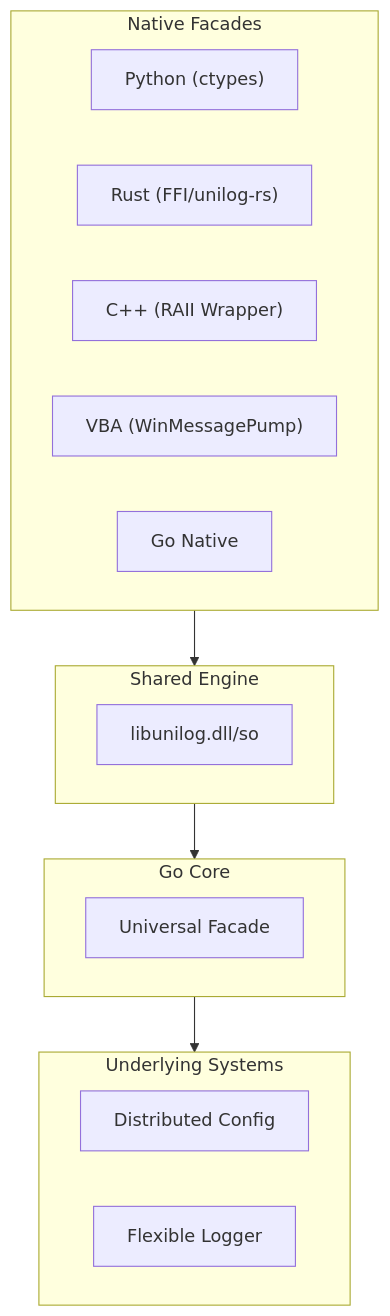
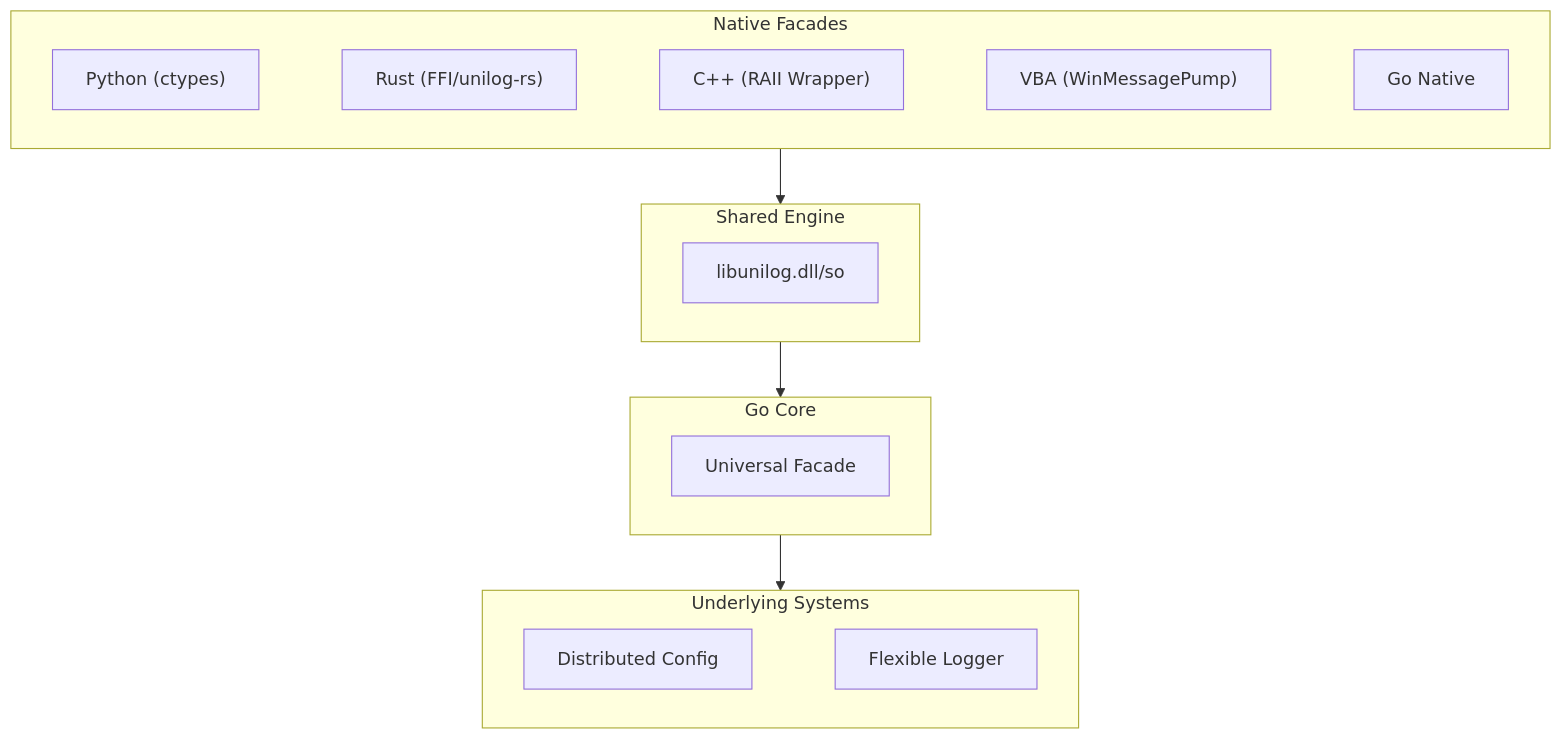
One commit to Bastien-Antigravity/universal-logger changed the diagram in README.md. Above: the diagram before and after it, drawn with Mermaid.

Commit message:
docs: use invisible mermaid links for better cross-renderer horizontal layout

````diff
--- a/README.md
+++ b/README.md
@@ -18,29 +18,22 @@
 ```mermaid
 flowchart TD
     subgraph Client_Layers [Native Facades]
-        direction LR
-        Py["Python (ctypes)"] 
-        Rs["Rust (FFI/unilog-rs)"]
-        Cpp["C++ (RAII Wrapper)"]
-        VBA["VBA (WinMessagePump)"]
-        Go["Go Native"]
+        Py["Python (ctypes)"] ~~~ Rs["Rust (FFI/unilog-rs)"] ~~~ Cpp["C++ (RAII Wrapper)"] ~~~ VBA["VBA (WinMessagePump)"] ~~~ Go["Go Native"]
     end
 
     subgraph Bridge_Layer [Shared Engine]
         DLL["libunilog.dll/so"]
     end
 
     subgraph Core_Layer [Go Core]
         Facade["Universal Facade"]
     end
 
     subgraph Components [Underlying Systems]
-        direction LR
-        Config["Distributed Config"]
-        Logger["Flexible Logger"]
+        Config["Distributed Config"] ~~~ Logger["Flexible Logger"]
     end
 
     Client_Layers --> Bridge_Layer
     Bridge_Layer --> Core_Layer
     Core_Layer --> Components
 ```
````
